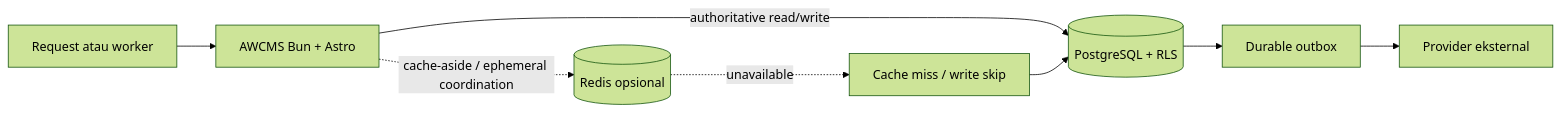
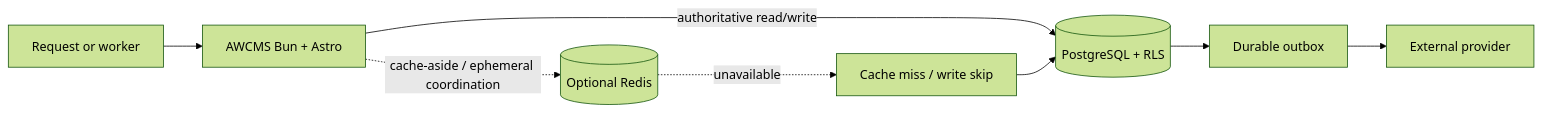
One commit to ahliweb/awcms changed the diagram in docs/awcms/redis-readiness.md. Above: the diagram before and after it, drawn with Mermaid (forest theme). The commit also changed other lines of this file and 603 other files, not shown here.

````diff
--- a/docs/awcms/redis-readiness.md
+++ b/docs/awcms/redis-readiness.md
@@ -21,11 +23,11 @@
 ```mermaid
 flowchart LR
-  REQ[Request atau worker] --> APP[AWCMS Bun + Astro]
+  REQ[Request or worker] --> APP[AWCMS Bun + Astro]
   APP -->|authoritative read/write| PG[(PostgreSQL + RLS)]
-  APP -. cache-aside / ephemeral coordination .-> REDIS[(Redis opsional)]
+  APP -. cache-aside / ephemeral coordination .-> REDIS[(Optional Redis)]
   PG --> OUTBOX[Durable outbox]
-  OUTBOX --> PROVIDER[Provider eksternal]
+  OUTBOX --> PROVIDER[External provider]
 
   REDIS -. unavailable .-> MISS[Cache miss / write skip]
   MISS --> PG
 ```
````
